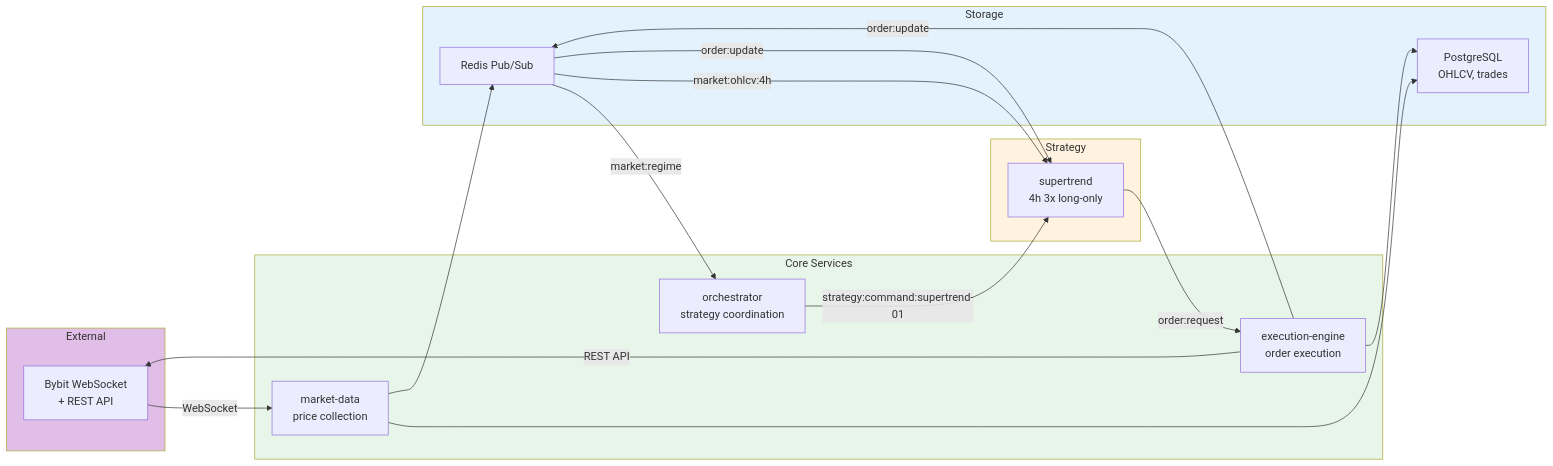
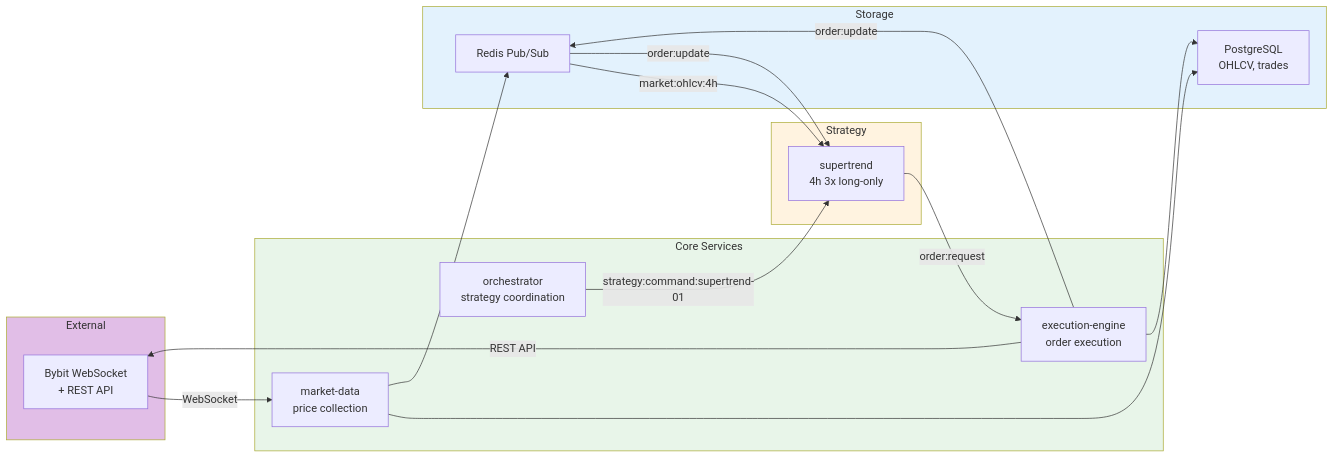
One commit to Justant-source/Bit-Mania changed the third of 3 diagrams in docs/architecture/system-overview.md. Above: the diagram before and after it, drawn with Mermaid. The commit also changed other lines of this file and 37 other files, not shown here.

````diff
--- a/docs/architecture/system-overview.md
+++ b/docs/architecture/system-overview.md
@@ -244,38 +240,37 @@
 ```mermaid
 graph LR
     subgraph ext["External"]
         bybit["Bybit WebSocket<br>+ REST API"]
     end
     
     subgraph core["Core Services"]
         md["market-data<br>price collection"]
         orch["orchestrator<br>strategy coordination"]
         exec["execution-engine<br>order execution"]
     end
     
     subgraph strat["Strategy"]
         st["supertrend<br>4h 3x long-only"]
     end
     
     subgraph storage["Storage"]
         pg["PostgreSQL<br>OHLCV, trades"]
         redis["Redis Pub/Sub"]
     end
     
     bybit -->|"WebSocket"| md
     md --> pg
     md --> redis
-    redis -->|"market:regime"| orch
     redis -->|"market:ohlcv:4h"| st
     orch -->|"strategy:command:supertrend-01"| st
     st -->|"order:request"| exec
     exec -->|"order:update"| redis
     redis -->|"order:update"| st
     exec -->|"REST API"| bybit
     exec --> pg
     
     style ext fill:#E1BEE7
     style core fill:#E8F5E9
     style strat fill:#FFF3E0
     style storage fill:#E3F2FD
 ```
````
